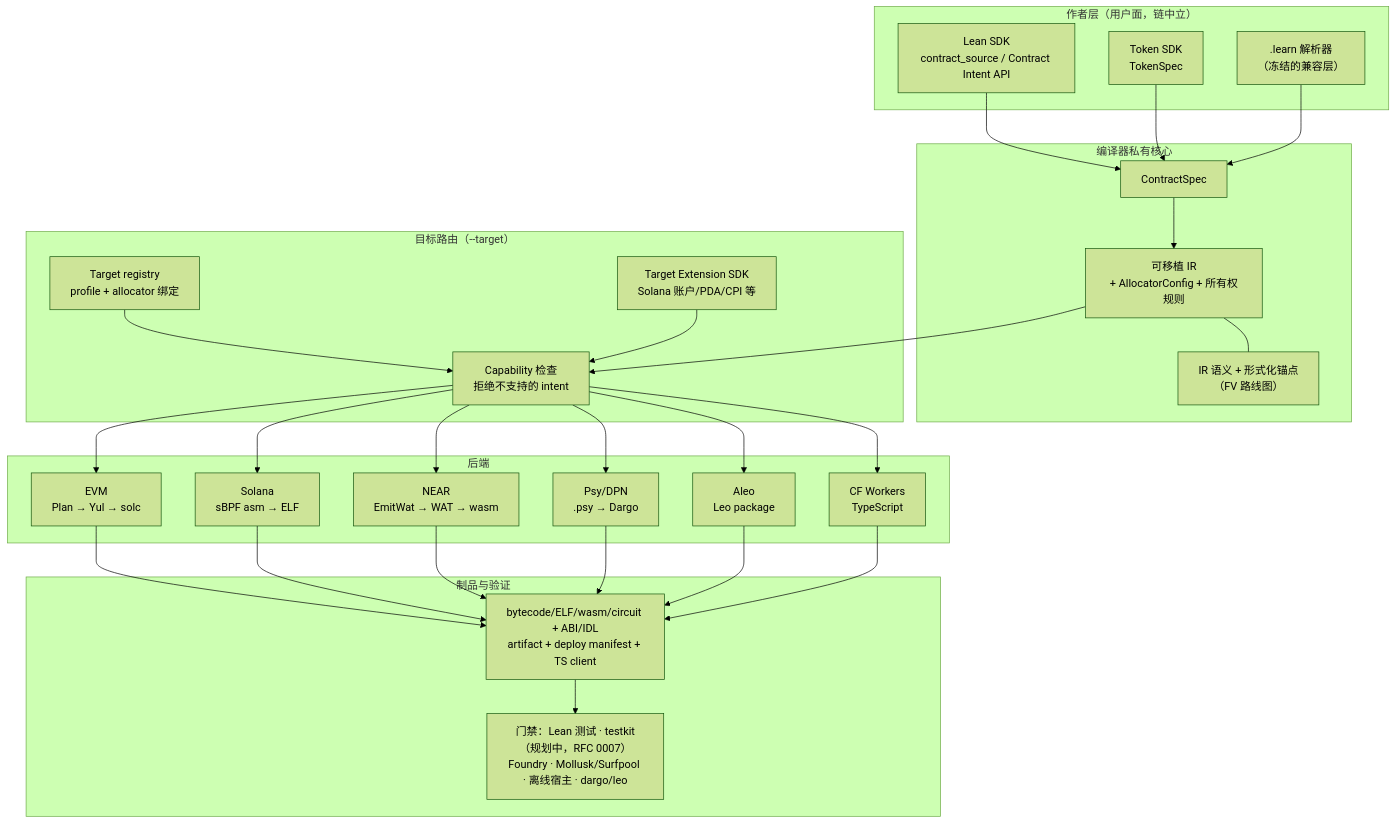
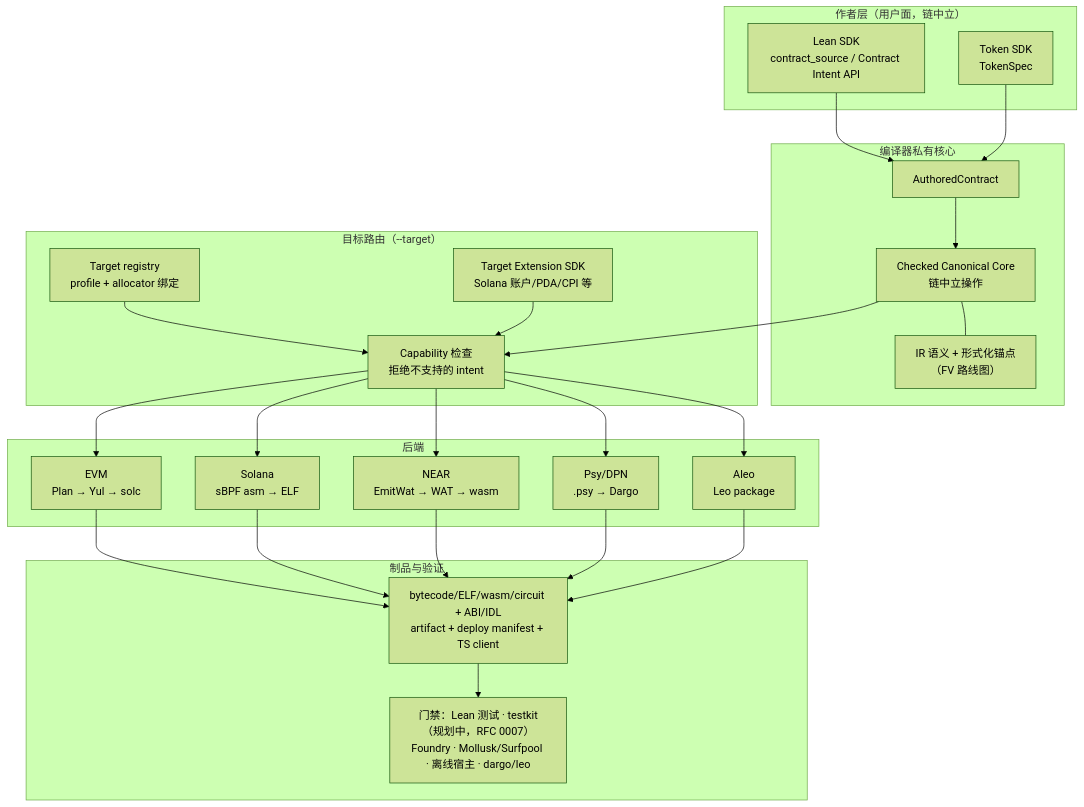
One commit to DaviRain-Su/proof_forge changed the diagram in docs/zh/README-root.zh.md. Above: the diagram before and after it, drawn with Mermaid (forest theme). The commit also changed other lines of this file and 25 other files, not shown here.

````diff
--- a/docs/zh/README-root.zh.md
+++ b/docs/zh/README-root.zh.md
@@ -127,46 +121,43 @@
 ```mermaid
 flowchart TB
   subgraph authoring ["作者层（用户面，链中立）"]
     SDK["Lean SDK<br/>contract_source / Contract Intent API"]
     TOK["Token SDK<br/>TokenSpec"]
-    LEARN[".learn 解析器<br/>（冻结的兼容层）"]
   end
 
   subgraph core ["编译器私有核心"]
-    SPEC["ContractSpec"]
-    IR["可移植 IR<br/>+ AllocatorConfig + 所有权规则"]
+    AUTH["AuthoredContract"]
+    IR["Checked Canonical Core<br/>链中立操作"]
     SEM["IR 语义 + 形式化锚点<br/>（FV 路线图）"]
   end
 
   subgraph routing ["目标路由（--target）"]
     REG["Target registry<br/>profile + allocator 绑定"]
     CAP["Capability 检查<br/>拒绝不支持的 intent"]
     EXT["Target Extension SDK<br/>Solana 账户/PDA/CPI 等"]
   end
 
   subgraph backends ["后端"]
     EVM["EVM<br/>Plan → Yul → solc"]
     SOL["Solana<br/>sBPF asm → ELF"]
     NEAR["NEAR<br/>EmitWat → WAT → wasm"]
     PSY["Psy/DPN<br/>.psy → Dargo"]
     ALEO["Aleo<br/>Leo package"]
-    CFW["CF Workers<br/>TypeScript"]
   end
 
   subgraph artifacts ["制品与验证"]
     ART["bytecode/ELF/wasm/circuit + ABI/IDL<br/>artifact + deploy manifest + TS client"]
     GATES["门禁：Lean 测试 · testkit（规划中，RFC 0007）<br/>Foundry · Mollusk/Surfpool · 离线宿主 · dargo/leo"]
   end
 
-  SDK --> SPEC
-  TOK --> SPEC
-  LEARN --> SPEC
-  SPEC --> IR
+  SDK --> AUTH
+  TOK --> AUTH
+  AUTH --> IR
   IR --- SEM
   IR --> CAP
   REG --> CAP
   EXT --> CAP
-  CAP --> EVM & SOL & NEAR & PSY & ALEO & CFW
-  EVM & SOL & NEAR & PSY & ALEO & CFW --> ART
+  CAP --> EVM & SOL & NEAR & PSY & ALEO
+  EVM & SOL & NEAR & PSY & ALEO --> ART
   ART --> GATES
 ```
````
